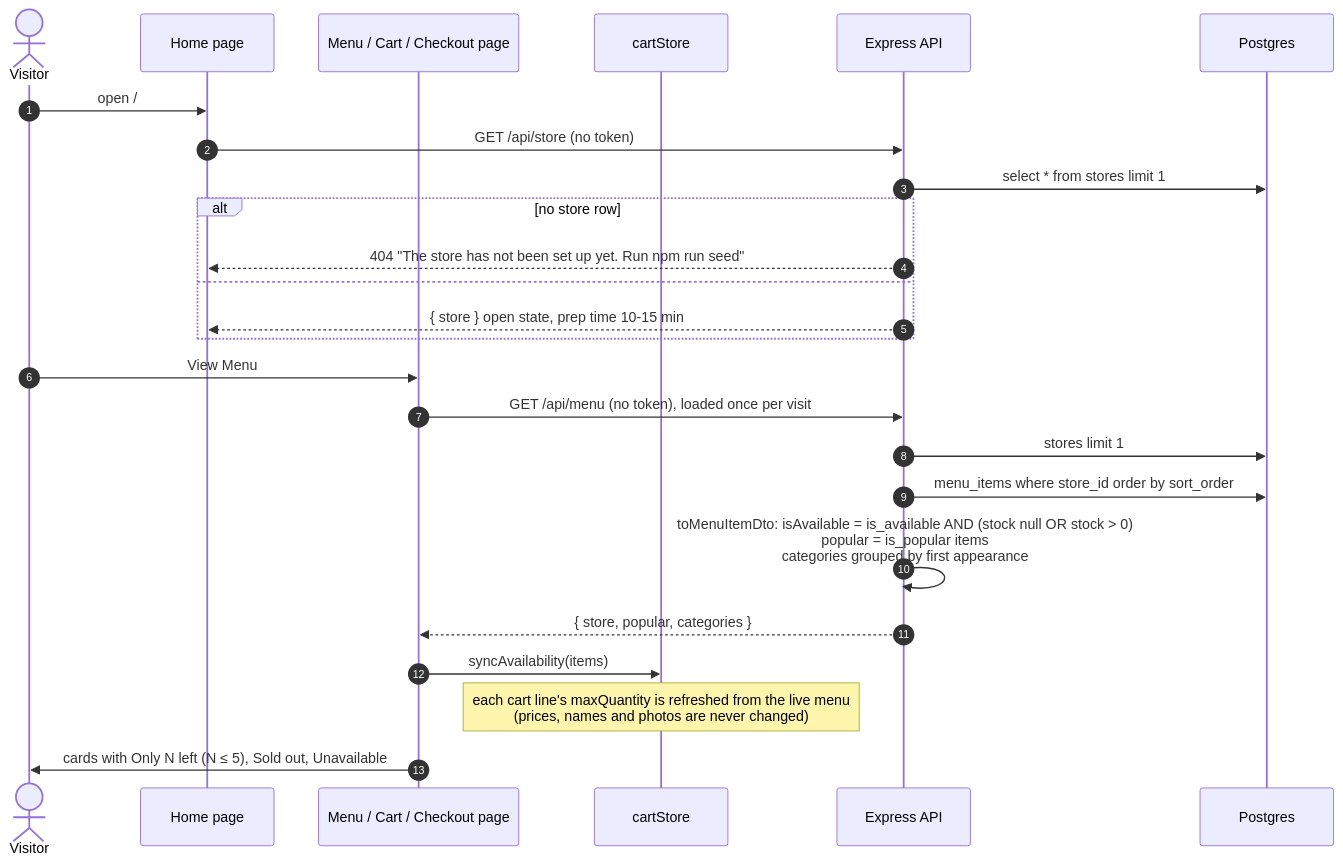
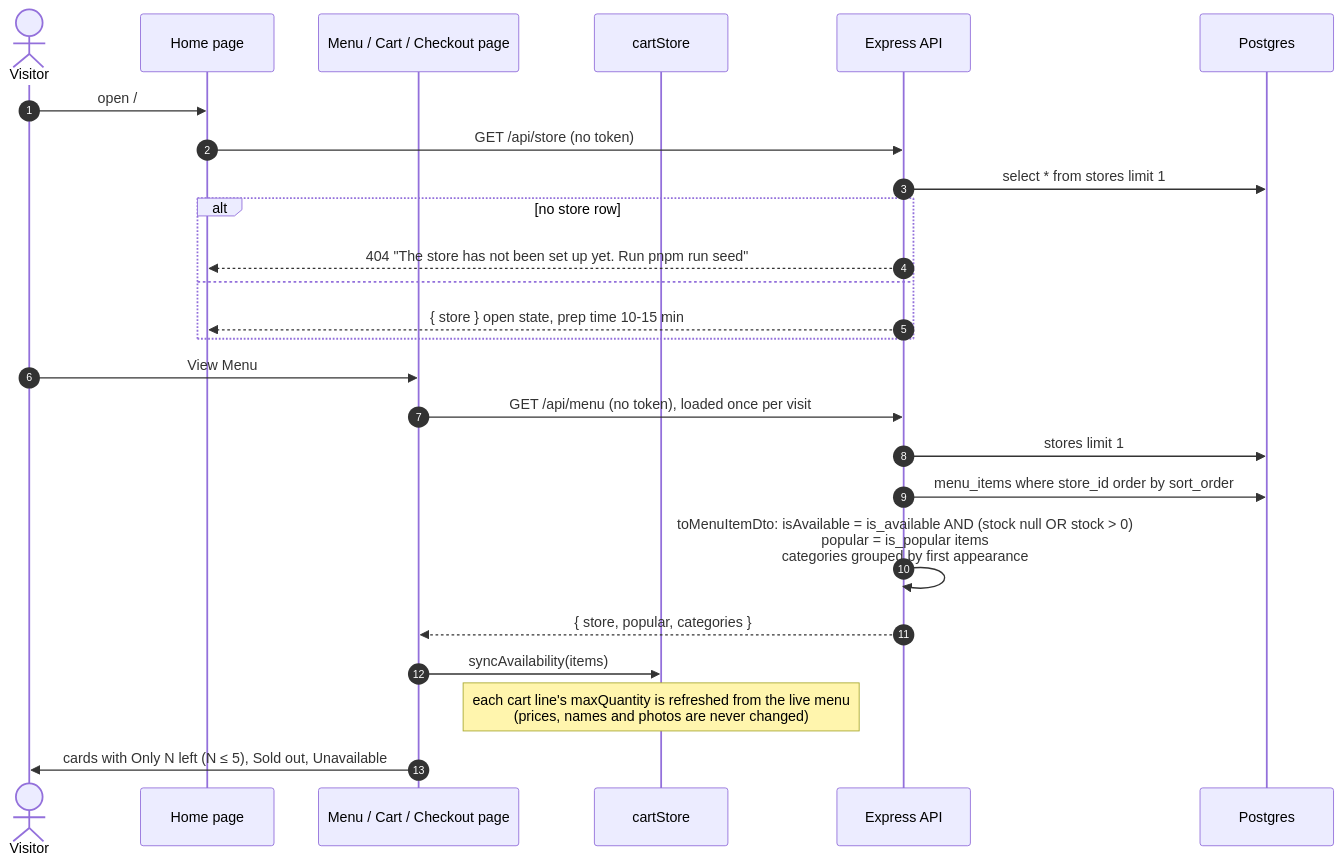
One commit to The-KhaNha/KhaNha changed the ninth of 28 diagrams in docs/ARCHITECTURE.md. Above: the diagram before and after it, drawn with Mermaid. The commit also changed other lines of this file and 86 other files, not shown here.

````diff
--- a/docs/ARCHITECTURE.md
+++ b/docs/ARCHITECTURE.md
@@ -413,29 +413,29 @@
 ```mermaid
 sequenceDiagram
   autonumber
   actor U as Visitor
   participant Home as Home page
   participant Menu as Menu / Cart / Checkout page
   participant Cart as cartStore
   participant API as Express API
   participant DB as Postgres
 
   U->>Home: open /
   Home->>API: GET /api/store (no token)
   API->>DB: select * from stores limit 1
   alt no store row
-    API-->>Home: 404 "The store has not been set up yet. Run npm run seed"
+    API-->>Home: 404 "The store has not been set up yet. Run pnpm run seed"
   else
     API-->>Home: { store } open state, prep time 10-15 min
   end
 
   U->>Menu: View Menu
   Menu->>API: GET /api/menu (no token), loaded once per visit
   API->>DB: stores limit 1
   API->>DB: menu_items where store_id order by sort_order
   API->>API: toMenuItemDto: isAvailable = is_available AND (stock null OR stock > 0)<br/>popular = is_popular items<br/>categories grouped by first appearance
   API-->>Menu: { store, popular, categories }
   Menu->>Cart: syncAvailability(items)
   Note over Cart: each cart line's maxQuantity is refreshed from the live menu<br/>(prices, names and photos are never changed)
   Menu->>U: cards with Only N left (N ≤ 5), Sold out, Unavailable
 ```
````
